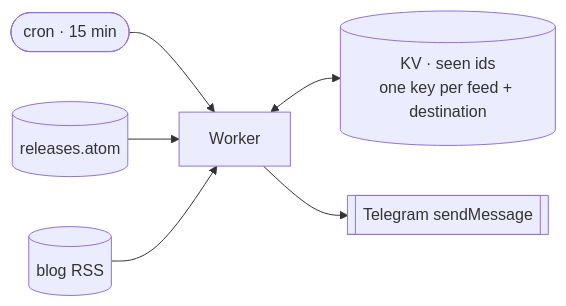
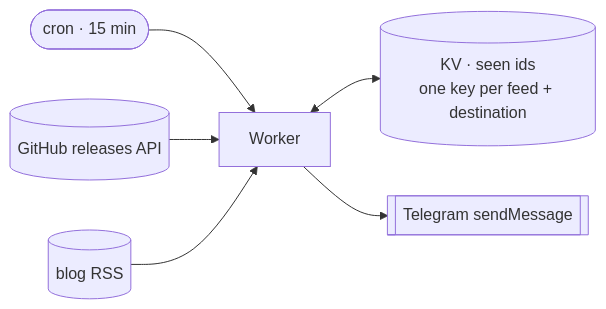
The diagram in README.md (CommanderTvis/kotlin-releases-bot), drawn with Mermaid before and after one commit. The commit also changed other lines of this file and 9 other files, not shown here.

First line of the commit message:
Read releases from the API, not releases.atom

````diff
--- a/README.md
+++ b/README.md
@@ -11,8 +11,8 @@
 ```mermaid
 flowchart LR
     cron([cron · 15 min]) --> worker[Worker]
-    releases[("releases.atom")] --> worker
+    releases[("GitHub releases API")] --> worker
     blog[("blog RSS")] --> worker
     worker <--> kv[("KV · seen ids<br/>one key per feed + destination")]
     worker --> tg[["Telegram sendMessage"]]
 ```
````
